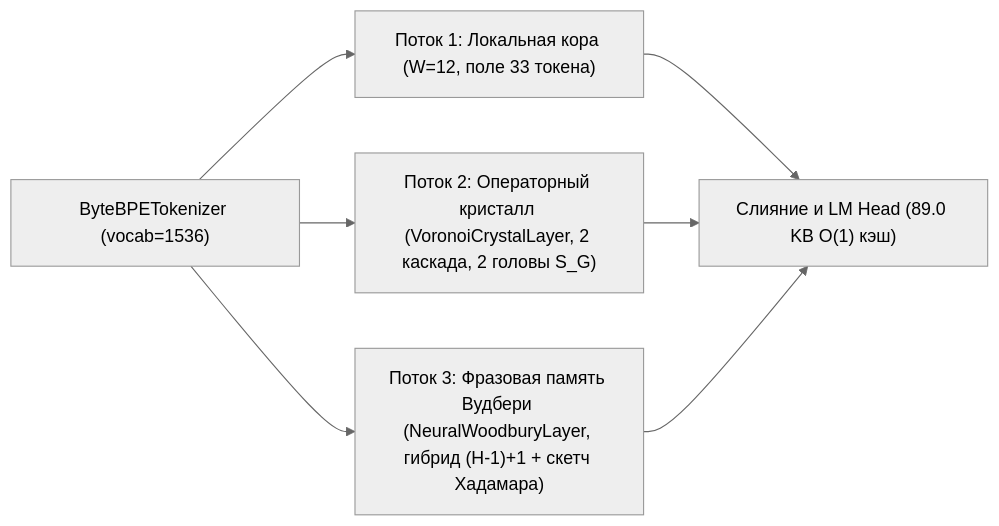
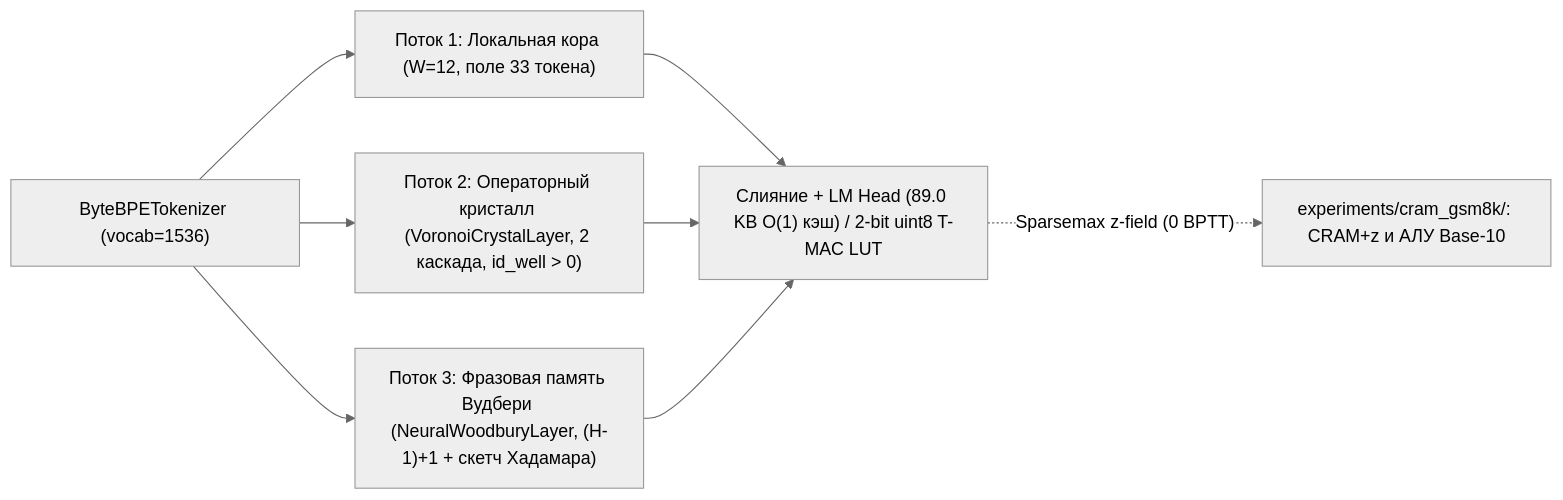
The diagram in README.md (sunil123456897/simvq-split), drawn with Mermaid (neutral theme) before and after one commit. The commit also changed other lines of this file and 32 other files, not shown here.

Commit message:
Release Calcite-5 (SimVQ-Split v5): 2-bit T-MAC LUT, id_well crystal, CRAM+z bridge, 15-law QA & guardrails

````diff
--- a/README.md
+++ b/README.md
@@ -9,9 +9,10 @@
 ```mermaid
 flowchart LR
     TOK["ByteBPETokenizer (vocab=1536)"] --> C1["Поток 1: Локальная кора (W=12, поле 33 токена)"]
-    TOK --> C2["Поток 2: Операторный кристалл (VoronoiCrystalLayer, 2 каскада, 2 головы S_G)"]
-    TOK --> C3["Поток 3: Фразовая память Вудбери (NeuralWoodburyLayer, гибрид (H-1)+1 + скетч Хадамара)"]
-    C1 --> FUSE["Слияние и LM Head (89.0 KB O(1) кэш)"]
+    TOK --> C2["Поток 2: Операторный кристалл (VoronoiCrystalLayer, 2 каскада, id_well > 0)"]
+    TOK --> C3["Поток 3: Фразовая память Вудбери (NeuralWoodburyLayer, (H-1)+1 + скетч Хадамара)"]
+    C1 --> FUSE["Слияние + LM Head (89.0 KB O(1) кэш) / 2-bit uint8 T-MAC LUT"]
     C2 --> FUSE
     C3 --> FUSE
+    FUSE -. "Sparsemax z-field (0 BPTT)" .-> CRAM["experiments/cram_gsm8k/: CRAM+z и АЛУ Base-10"]
 ```
````
